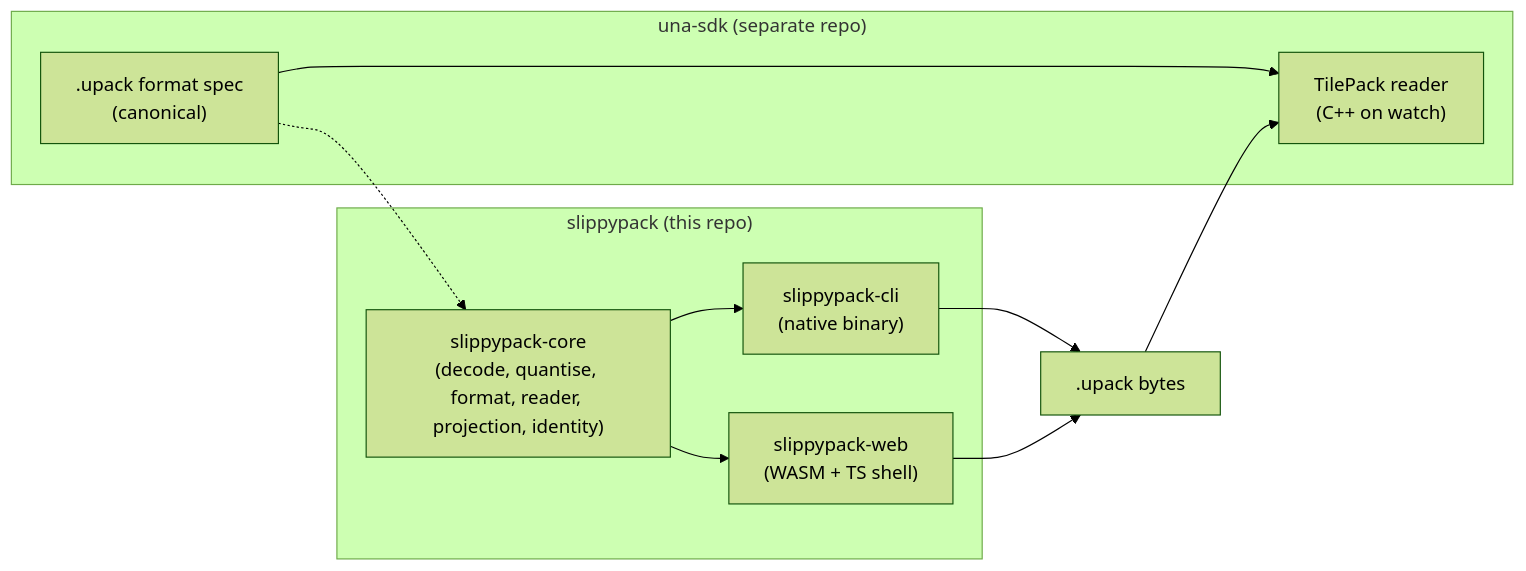
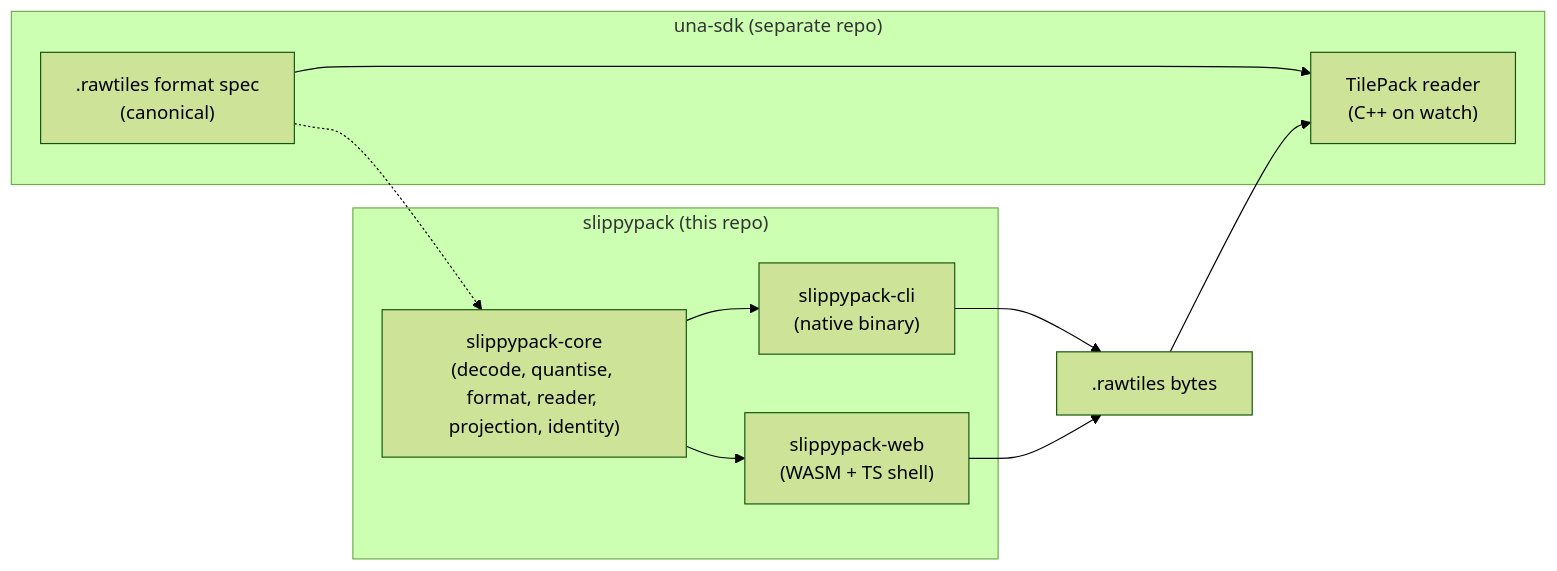
One commit to tobymurray/slippypack changed the first of 2 diagrams in PLAN.md. Above: the diagram before and after it, drawn with Mermaid (forest theme). The commit also changed other lines of this file and 38 other files, not shown here.

````diff
--- a/PLAN.md
+++ b/PLAN.md
@@ -96,20 +98,20 @@
 ```mermaid
 graph LR
     subgraph slippypack["slippypack (this repo)"]
         Core["slippypack-core<br/>(decode, quantise, format, reader, projection, identity)"]
         CLI["slippypack-cli<br/>(native binary)"]
         Web["slippypack-web<br/>(WASM + TS shell)"]
         Core --> CLI
         Core --> Web
     end
     subgraph unaSDK["una-sdk (separate repo)"]
-        Spec[".upack format spec<br/>(canonical)"]
+        Spec[".rawtiles format spec<br/>(canonical)"]
         Reader["TilePack reader<br/>(C++ on watch)"]
         Spec --> Reader
     end
     Spec -.-> Core
-    Pack[".upack bytes"]
+    Pack[".rawtiles bytes"]
     CLI --> Pack
     Web --> Pack
     Pack --> Reader
 ```
````
